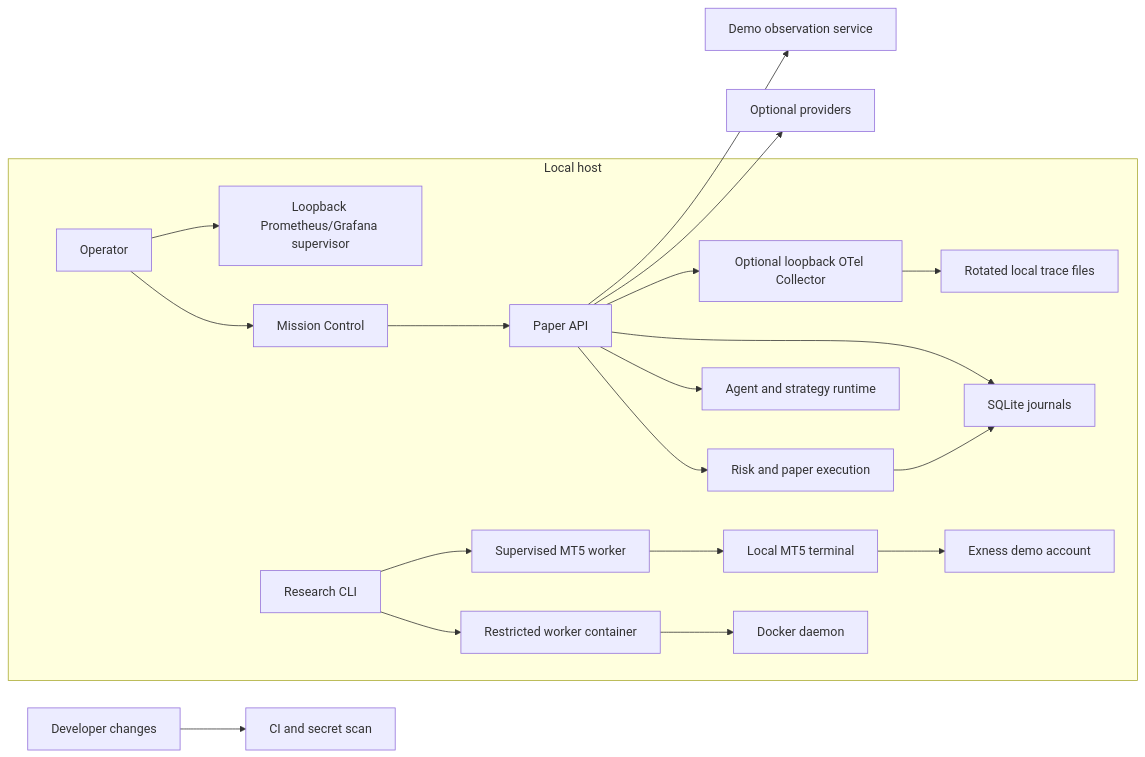
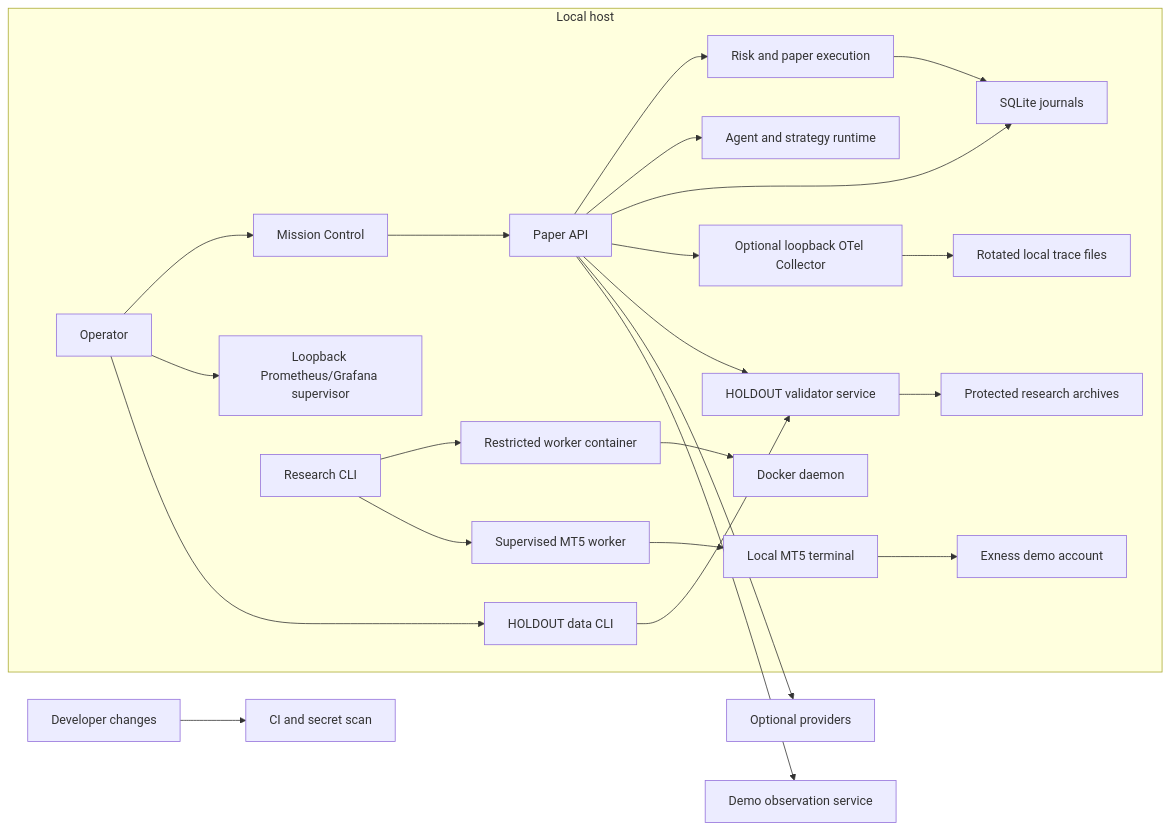
Before and after one commit to iamprateeknk-pixel/AI_Quant_OS: the diagram in AI_Quant_OS-threat-model.md, drawn with Mermaid. The commit also changed other lines of this file and 56 other files, not shown here.

````diff
--- a/AI_Quant_OS-threat-model.md
+++ b/AI_Quant_OS-threat-model.md
@@ -48,22 +53,26 @@
 ```mermaid
 flowchart LR
   subgraph local_host["Local host"]
     OP["Operator"] --> UI["Mission Control"]
     UI --> API["Paper API"]
     API --> CTRL["Risk and paper execution"]
     API --> AG["Agent and strategy runtime"]
     CTRL --> DB["SQLite journals"]
     API --> DB
     API --> COL["Optional loopback OTel Collector"]
     COL --> TRACE["Rotated local trace files"]
     OP --> OBS["Loopback Prometheus/Grafana supervisor"]
     CLI["Research CLI"] --> WORKER["Restricted worker container"]
     WORKER --> DOCKER["Docker daemon"]
     CLI --> MT5W["Supervised MT5 worker"]
     MT5W --> TERM["Local MT5 terminal"]
     TERM --> DEMO["Exness demo account"]
+    OP --> HDCLI["HOLDOUT data CLI"]
+    HDCLI --> HVS["HOLDOUT validator service"]
+    API --> HVS
+    HVS --> HDB["Protected research archives"]
   end
   API --> PROVIDER["Optional providers"]
   API --> OBSDEMO["Demo observation service"]
   DEV["Developer changes"] --> CI["CI and secret scan"]
 ```
````
